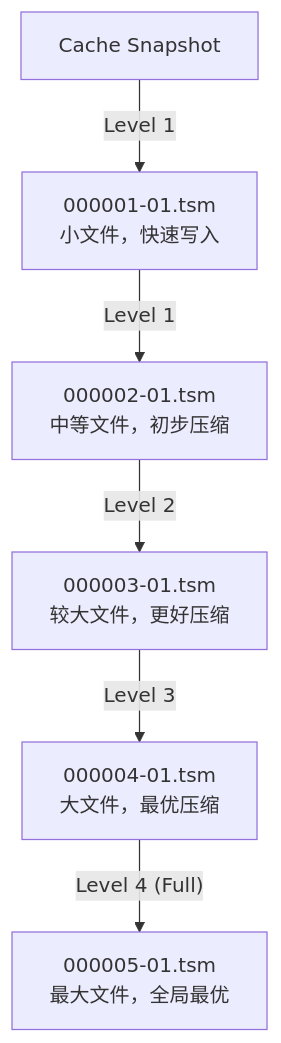
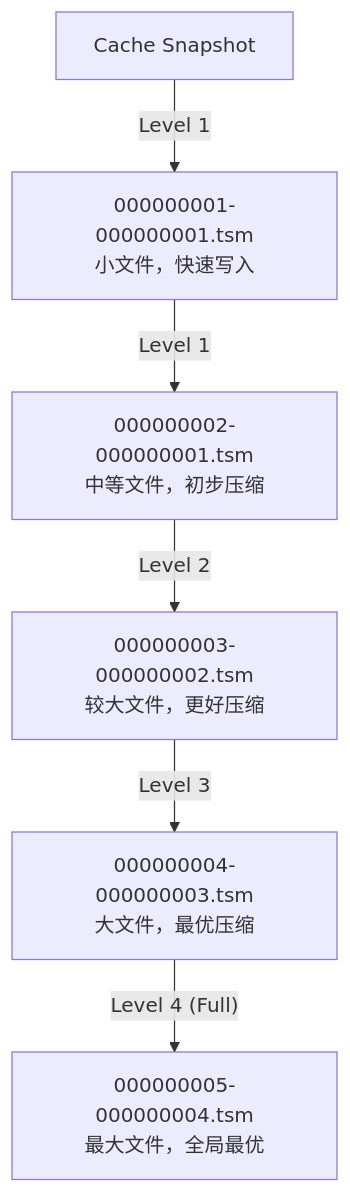
Before and after one commit to stefanv5/influxdb: diagram 15 of 15 in docs/specs/04_background_tasks_spec.md, drawn with Mermaid. The commit also changed other lines of this file and 16 other files, not shown here.

First line of the commit message:
docs: correct and deepen the 17 architecture specs

````diff
--- a/docs/specs/04_background_tasks_spec.md
+++ b/docs/specs/04_background_tasks_spec.md
@@ -2122,8 +2832,8 @@
 ```mermaid
 flowchart TD
-    A["Cache Snapshot"] -->|"Level 1"| B["000001-01.tsm<br>小文件，快速写入"]
-    B -->|"Level 1"| C["000002-01.tsm<br>中等文件，初步压缩"]
-    C -->|"Level 2"| D["000003-01.tsm<br>较大文件，更好压缩"]
-    D -->|"Level 3"| E["000004-01.tsm<br>大文件，最优压缩"]
-    E -->|"Level 4 (Full)"| F["000005-01.tsm<br>最大文件，全局最优"]
+    A["Cache Snapshot"] -->|"Level 1"| B["000000001-000000001.tsm<br>小文件，快速写入"]
+    B -->|"Level 1"| C["000000002-000000001.tsm<br>中等文件，初步压缩"]
+    C -->|"Level 2"| D["000000003-000000002.tsm<br>较大文件，更好压缩"]
+    D -->|"Level 3"| E["000000004-000000003.tsm<br>大文件，最优压缩"]
+    E -->|"Level 4 (Full)"| F["000000005-000000004.tsm<br>最大文件，全局最优"]
 ```
````
